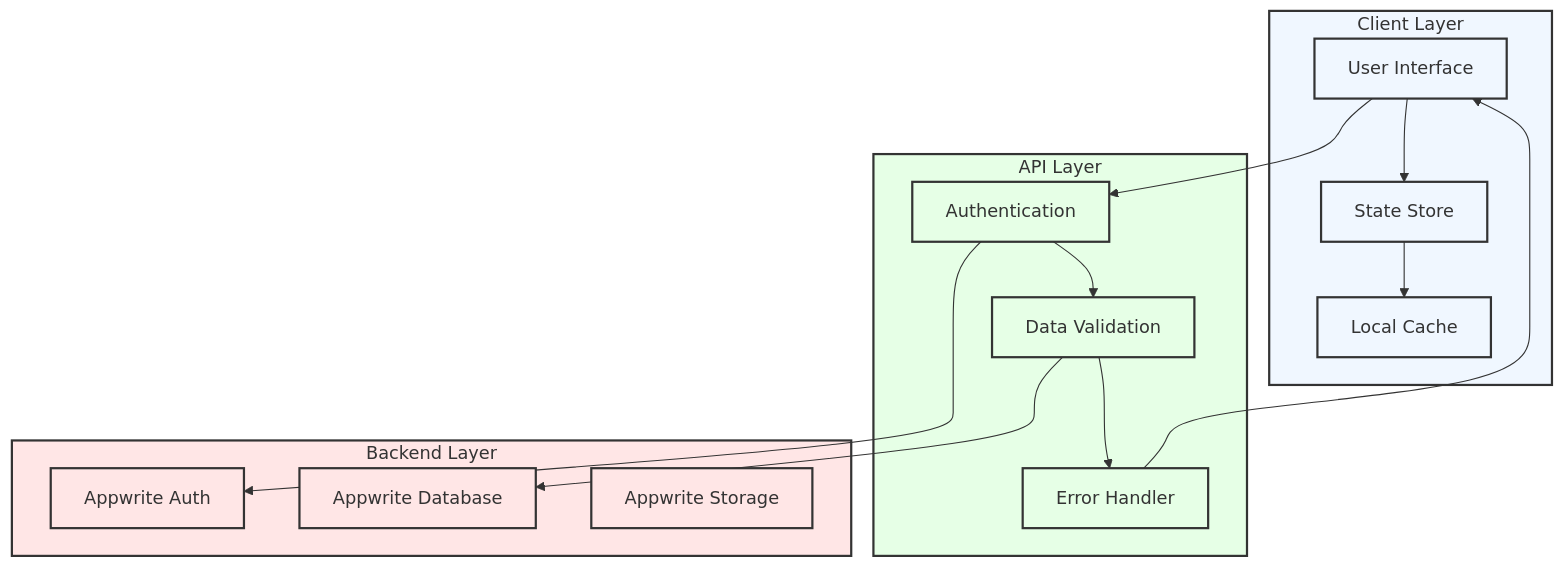
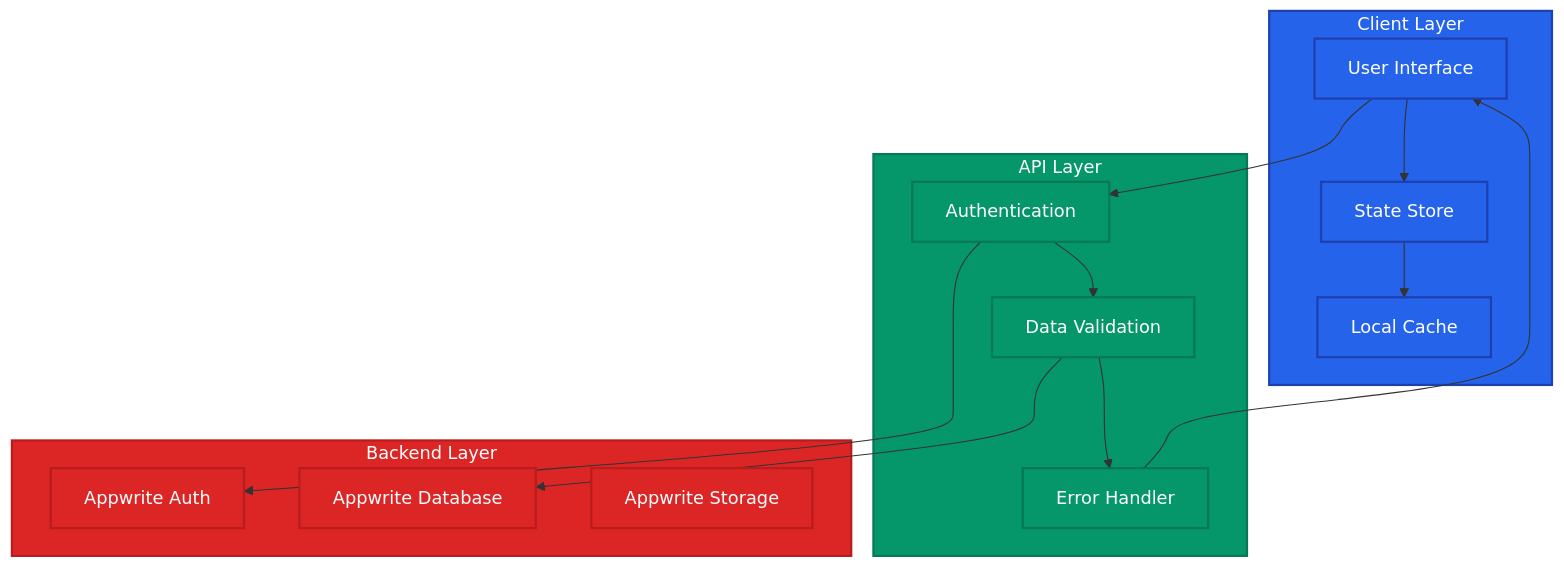
One commit to kafle1/timetablepro changed the fourth of 10 diagrams in docs/API.md. Above: the diagram before and after it, drawn with Mermaid. The commit also changed other lines of this file and 1 other file, not shown here.

Commit message:
docs: Update diagrams with strong, accessible color scheme

````diff
--- a/docs/API.md
+++ b/docs/API.md
@@ -245,41 +245,42 @@
 ```mermaid
 flowchart TD
     subgraph Client["Client Layer"]
         UI[User Interface]
         Store[State Store]
         Cache[Local Cache]
     end
     
     subgraph API["API Layer"]
         Auth[Authentication]
         Validation[Data Validation]
         ErrorHandler[Error Handler]
     end
     
     subgraph Backend["Backend Layer"]
         AppwriteAuth[Appwrite Auth]
         AppwriteDB[Appwrite Database]
         AppwriteStorage[Appwrite Storage]
     end
     
     UI --> Store
     Store --> Cache
     UI --> Auth
     Auth --> Validation
     Validation --> ErrorHandler
     Auth --> AppwriteAuth
     Validation --> AppwriteDB
     ErrorHandler --> UI
     
-    classDef client fill:#f0f7ff,stroke:#333,stroke-width:2px
-    classDef api fill:#e6ffe6,stroke:#333,stroke-width:2px
-    classDef backend fill:#ffe6e6,stroke:#333,stroke-width:2px
+    %% Strong, accessible colors
+    classDef client fill:#2563eb,color:#ffffff,stroke:#1e40af,stroke-width:2px
+    classDef api fill:#059669,color:#ffffff,stroke:#047857,stroke-width:2px
+    classDef backend fill:#dc2626,color:#ffffff,stroke:#b91c1c,stroke-width:2px
     
     class UI,Store,Cache client
     class Auth,Validation,ErrorHandler api
     class AppwriteAuth,AppwriteDB,AppwriteStorage backend
     
-    style Client fill:#f0f7ff,stroke:#333,stroke-width:2px
-    style API fill:#e6ffe6,stroke:#333,stroke-width:2px
-    style Backend fill:#ffe6e6,stroke:#333,stroke-width:2px
+    style Client fill:#2563eb,color:#ffffff,stroke:#1e40af,stroke-width:2px
+    style API fill:#059669,color:#ffffff,stroke:#047857,stroke-width:2px
+    style Backend fill:#dc2626,color:#ffffff,stroke:#b91c1c,stroke-width:2px
 ```
````
